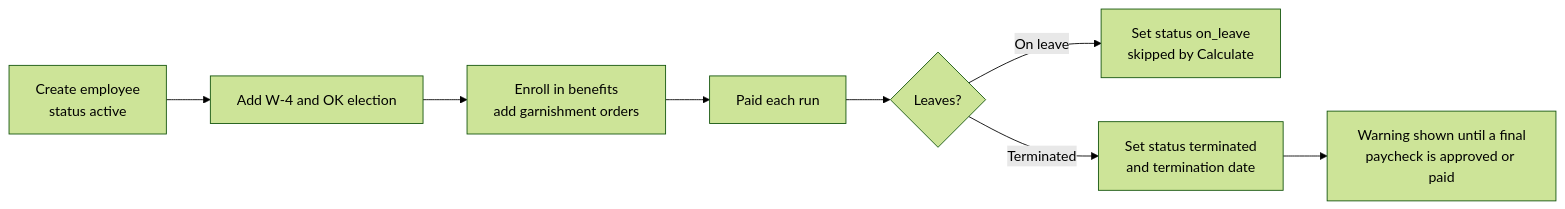
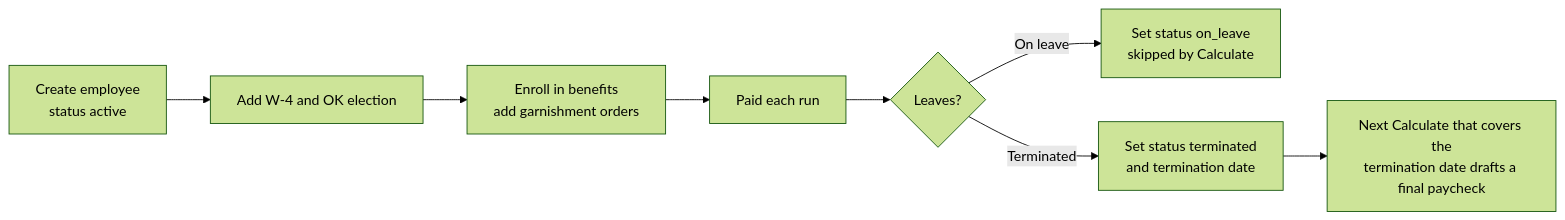
Before and after one commit to khorjak/vibes-payroll: the seventh of 9 diagrams in docs/PROCESS-FLOW.md, drawn with Mermaid (forest theme). The commit also changed other lines of this file and 8 other files, not shown here.

First line of the commit message:
feat: draft final paycheck automatically for terminated employees

````diff
--- a/docs/PROCESS-FLOW.md
+++ b/docs/PROCESS-FLOW.md
@@ -152,10 +152,10 @@
 ```mermaid
 flowchart LR
     E1[Create employee<br/>status active] --> E2[Add W-4 and OK election]
     E2 --> E3[Enroll in benefits<br/>add garnishment orders]
     E3 --> E4[Paid each run]
     E4 --> E5{Leaves?}
     E5 -->|On leave| E6[Set status on_leave<br/>skipped by Calculate]
     E5 -->|Terminated| E7[Set status terminated<br/>and termination date]
-    E7 --> E8[Warning shown until a final<br/>paycheck is approved or paid]
+    E7 --> E8[Next Calculate that covers the<br/>termination date drafts a final paycheck]
 ```
````
